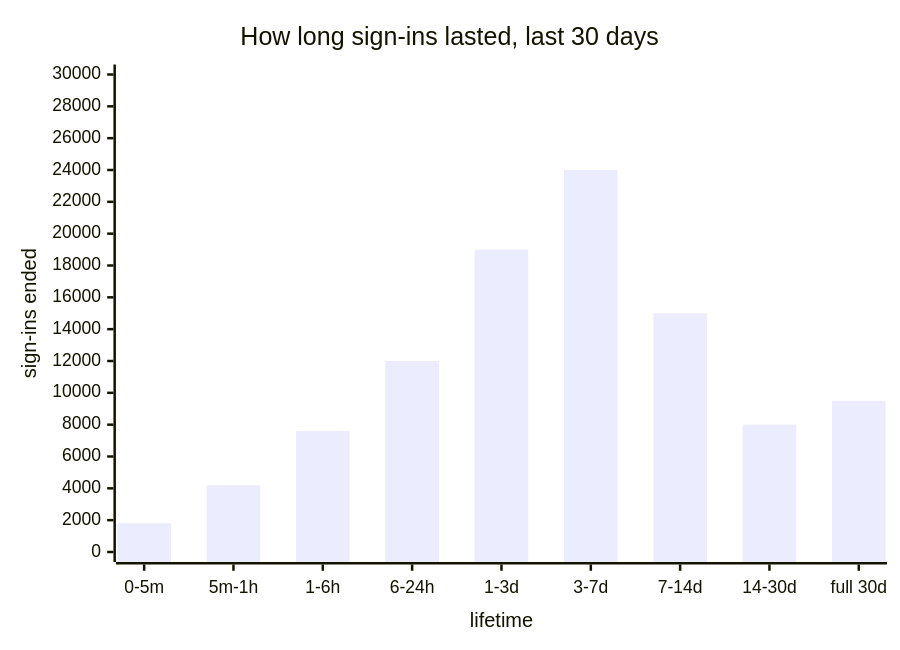
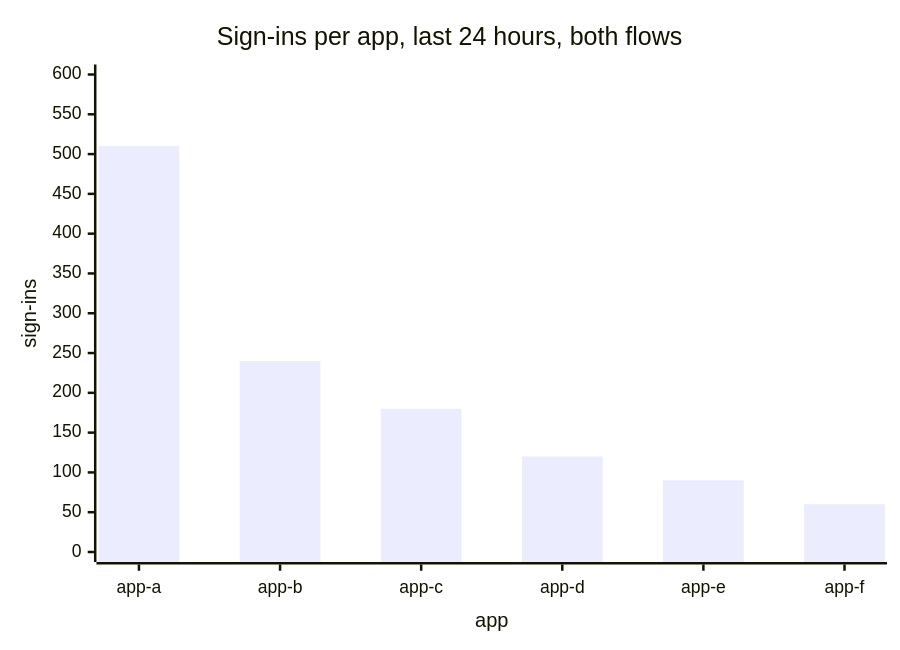
One commit to dfinity/internet-identity changed the fourth of 8 diagrams in docs/ongoing/metrics-dashboards/usage.md. Above: the diagram before and after it, drawn with Mermaid. The commit also changed other lines of this file and 7 other files, not shown here.

````diff
--- a/docs/ongoing/metrics-dashboards/usage.md
+++ b/docs/ongoing/metrics-dashboards/usage.md
@@ -53,7 +55,7 @@
 ```mermaid
 xychart-beta
-  title "How long sign-ins lasted, last 30 days"
-  x-axis "lifetime" ["0-5m", "5m-1h", "1-6h", "6-24h", "1-3d", "3-7d", "7-14d", "14-30d", "full 30d"]
-  y-axis "sign-ins ended" 0 --> 30000
-  bar [1800, 4200, 7600, 12000, 19000, 24000, 15000, 8000, 9500]
+  title "Sign-ins per app, last 24 hours, both flows"
+  x-axis "app" ["app-a", "app-b", "app-c", "app-d", "app-e", "app-f"]
+  y-axis "sign-ins" 0 --> 600
+  bar [510, 240, 180, 120, 90, 60]
 ```
````
